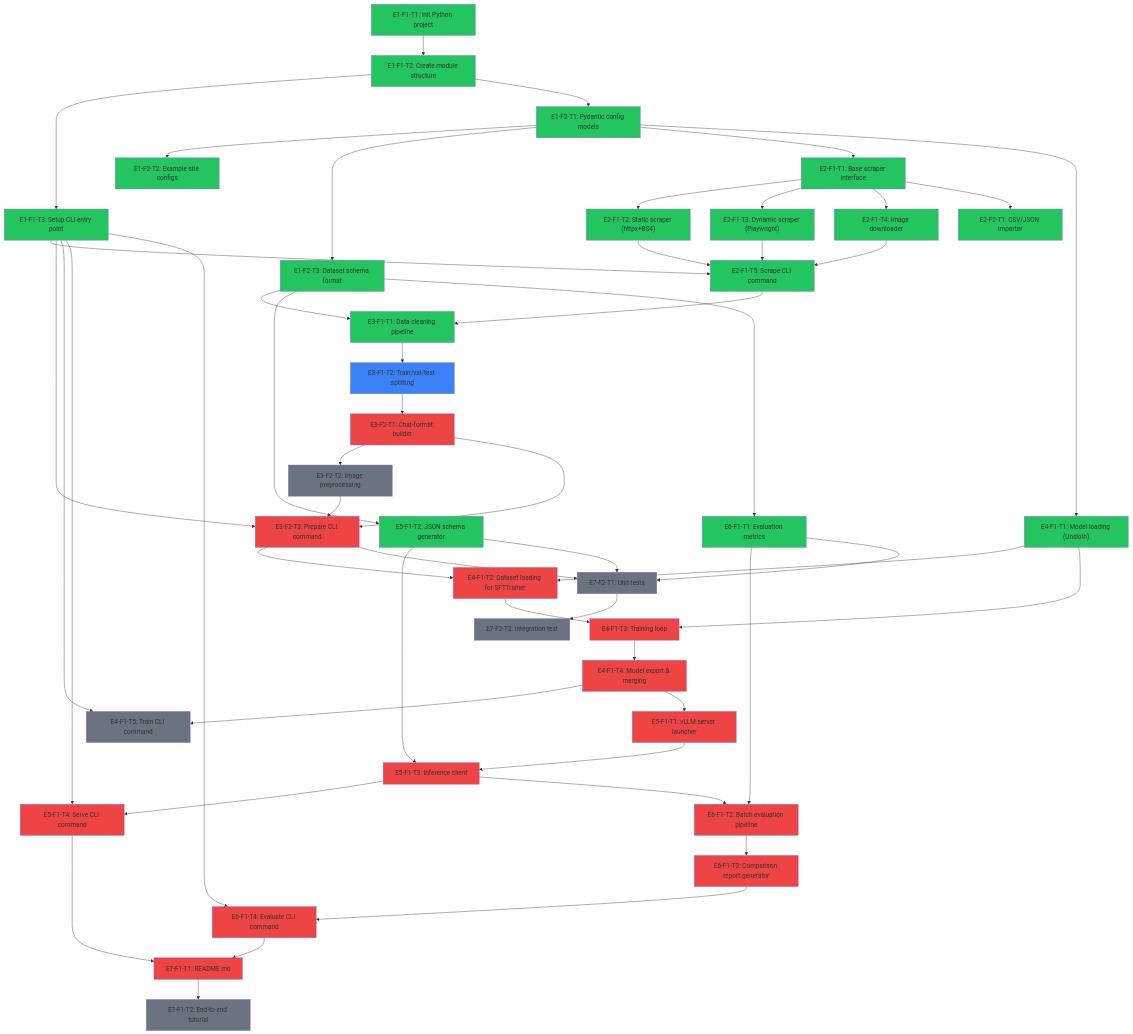
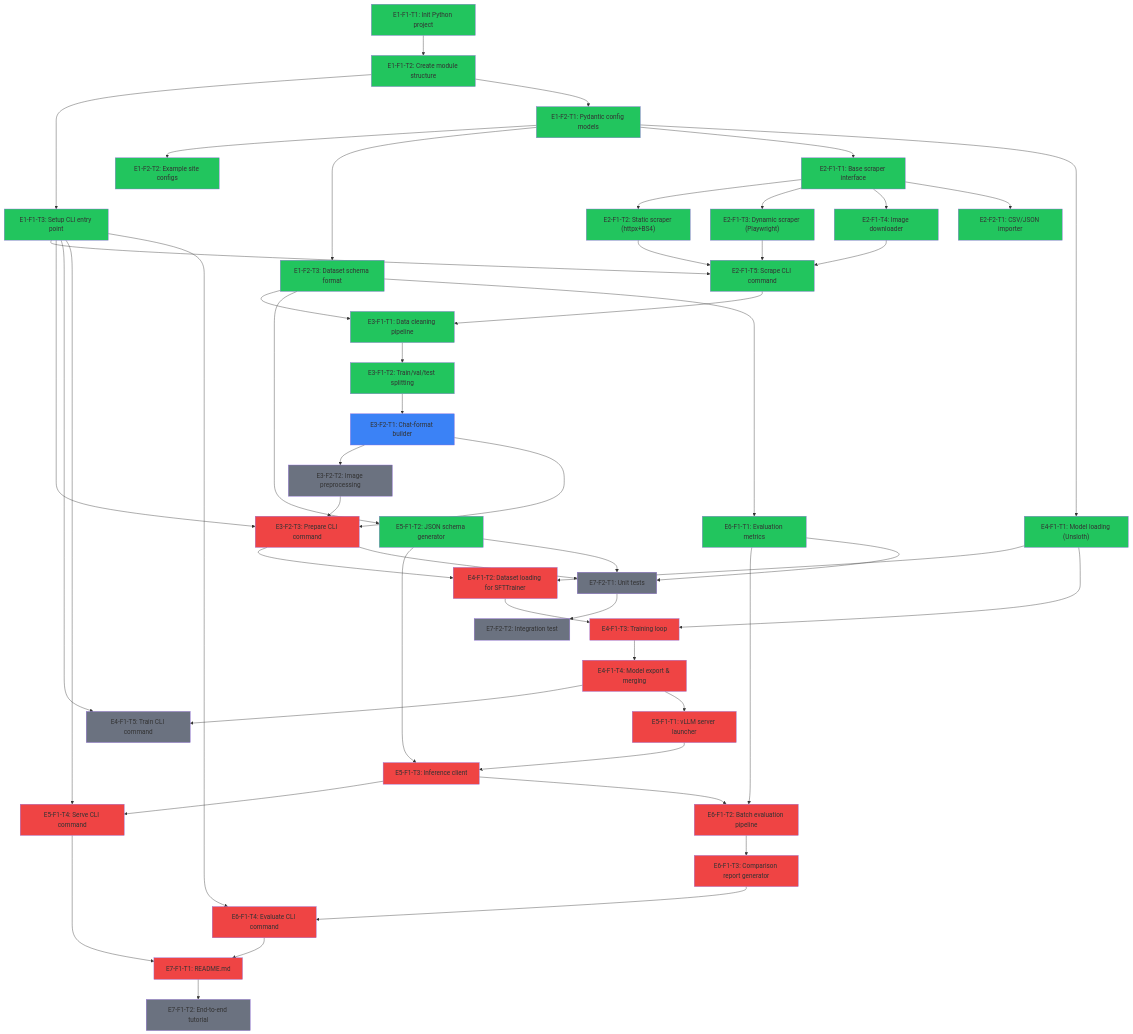
Before and after one commit to Vutiot/ArticleTagging: the diagram in ROADMAP.md, drawn with Mermaid. The commit also changed other lines of this file and 1 other file, not shown here.

Commit message:
E3-F1-T2: Implement train/validation/test splitting
- Stratified split by category field (proportional per-category)
- Fallback to random split when categories have <2 samples
- save_splits() writes train/val/test.jsonl + returns stats
- No sklearn dependency — pure stdlib implementation

```diff
--- a/ROADMAP.md
+++ b/ROADMAP.md
@@ -134,12 +134,12 @@
   style E2F1T5 fill:#22c55e
 
   style E3F1T1 fill:#22c55e
+  style E3F1T2 fill:#22c55e
 
   %% Ready (blue) — all blockers resolved
-  style E3F1T2 fill:#3b82f6
+  style E3F2T1 fill:#3b82f6
 
   %% Critical path remaining (red)
-  style E3F2T1 fill:#ef4444
   style E3F2T3 fill:#ef4444
   style E4F1T2 fill:#ef4444
   style E4F1T3 fill:#ef4444
```
